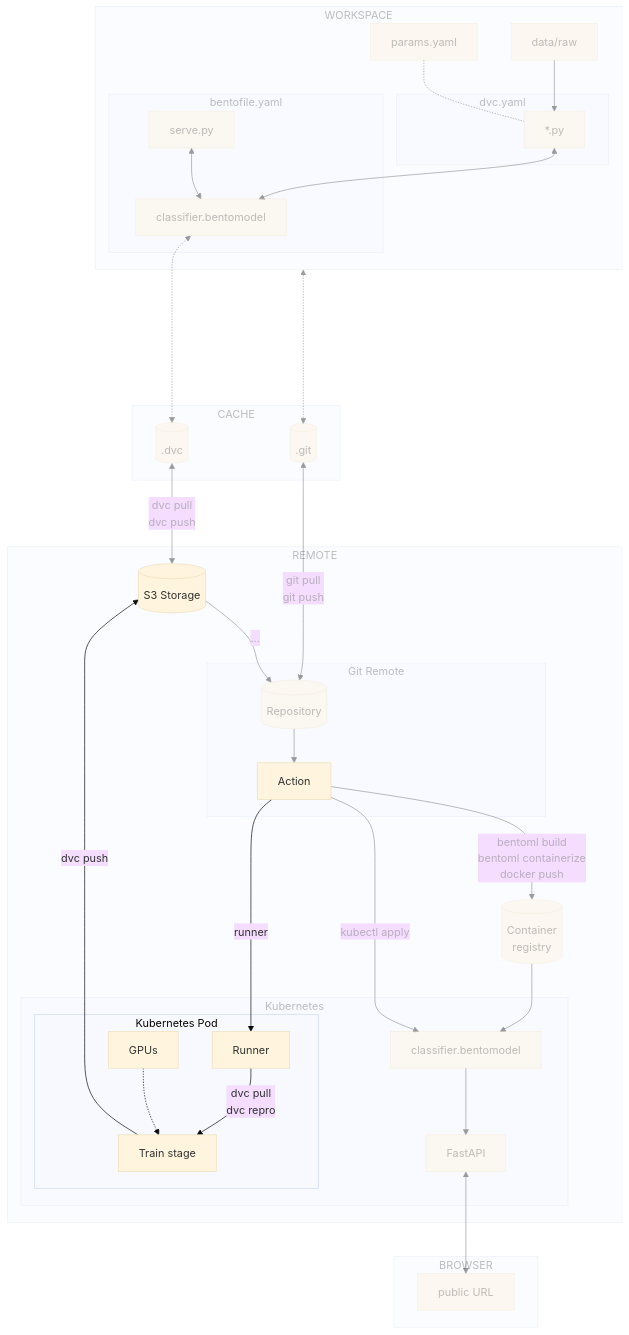
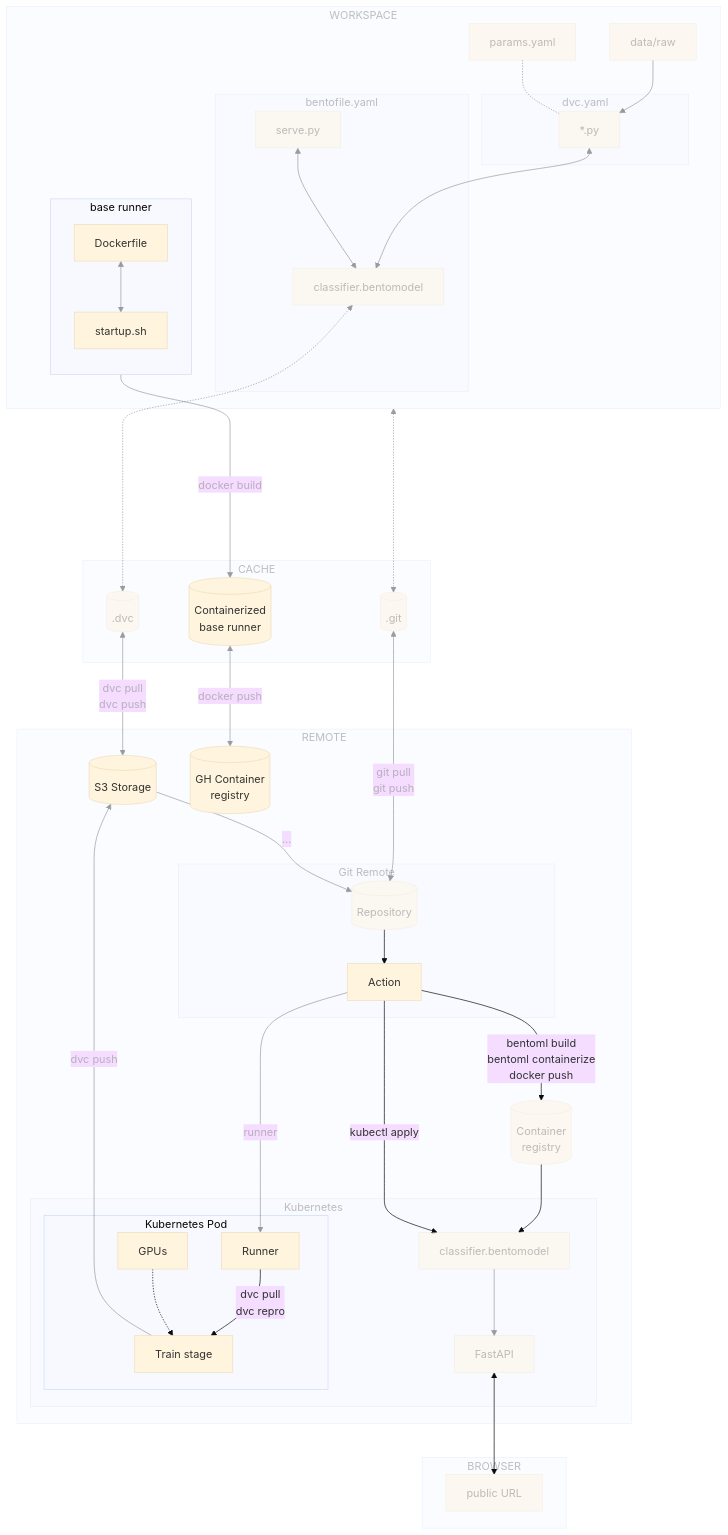
Before and after one commit to swiss-ai-center/a-guide-to-mlops: the diagram in docs/part-3-serve-and-deploy-the-model/chapter-17-train-the-model-on-a-kubernetes-pod.md, drawn with Mermaid (base theme). The commit also changed other lines of this file, not shown here.

Commit message:
Deploy GPU runner

```diff
--- a/docs/part-3-serve-and-deploy-the-model/chapter-17-train-the-model-on-a-kubernetes-pod.md
+++ b/docs/part-3-serve-and-deploy-the-model/chapter-17-train-the-model-on-a-kubernetes-pod.md
@@ -27,14 +35,22 @@
     dot_git[(.git)] <-->|git pull
                          git push| repository[(Repository)]
     workspaceGraph <-....-> dot_git
+    base_runner_artifact <-->|docker push| registry_docker[(GH Container
+                                                    registry)]
     data[data/raw]
-
     subgraph cacheGraph[CACHE]
         dot_dvc
         dot_git
+        base_runner_artifact[(Containerized
+                        base runner)]
     end
 
     subgraph workspaceGraph[WORKSPACE]
+        subgraph runnerBase[base runner]
+            direction TB
+            Dockerfile <--> startup.sh
+        end
+        runnerBase --> |docker build| base_runner_artifact
         data --> code[*.py]
         subgraph dvcGraph["dvc.yaml"]
             code
@@ -49,6 +65,8 @@
     end
 
     subgraph remoteGraph[REMOTE]
+        registry_docker[(GH Container
+                  registry)]
         s3_storage
         subgraph gitGraph[Git Remote]
             repository --> action[Action]
```
